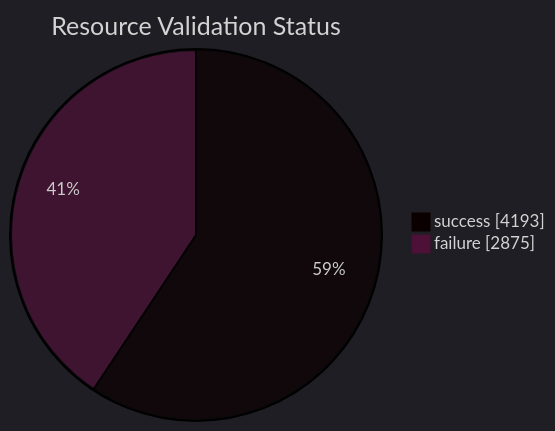
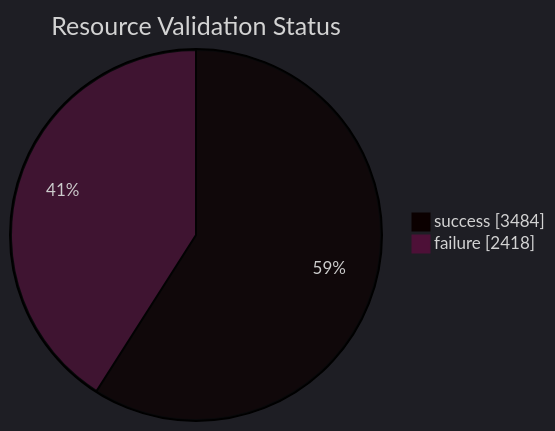
The diagram in datastore_tracker/resource_validation_status_pie_chart.md (open-data/analytics-corporate-reporting), drawn with Mermaid before and after one commit. The commit also changed 14 other files, not shown here.

````diff
--- a/datastore_tracker/resource_validation_status_pie_chart.md
+++ b/datastore_tracker/resource_validation_status_pie_chart.md
@@ -2,9 +2,9 @@
 ```mermaid
 ---
 config:
   theme: dark
 ---
 pie showData title Resource Validation Status
-    "success": 4193
-    "failure": 2875
+    "success": 3484
+    "failure": 2418
 ```
````
